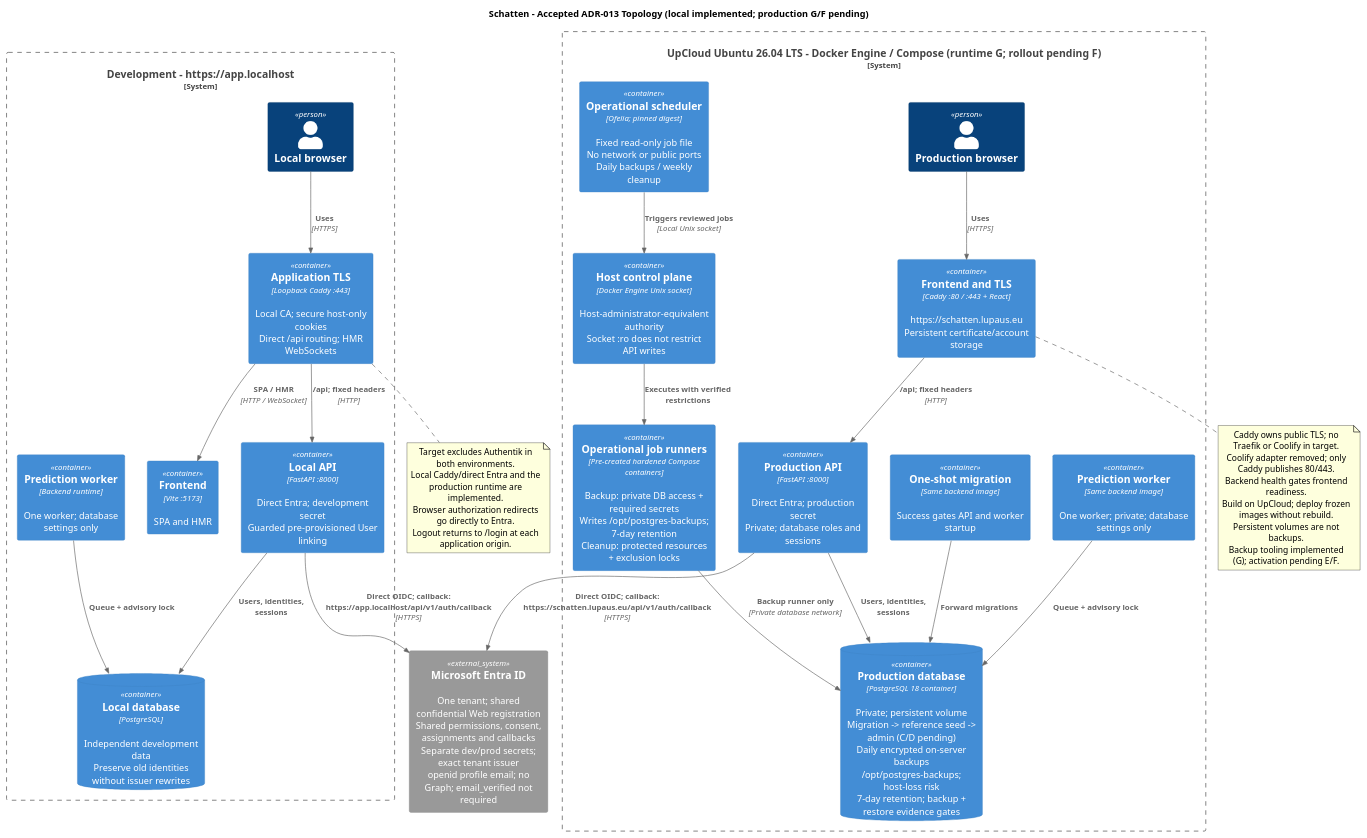
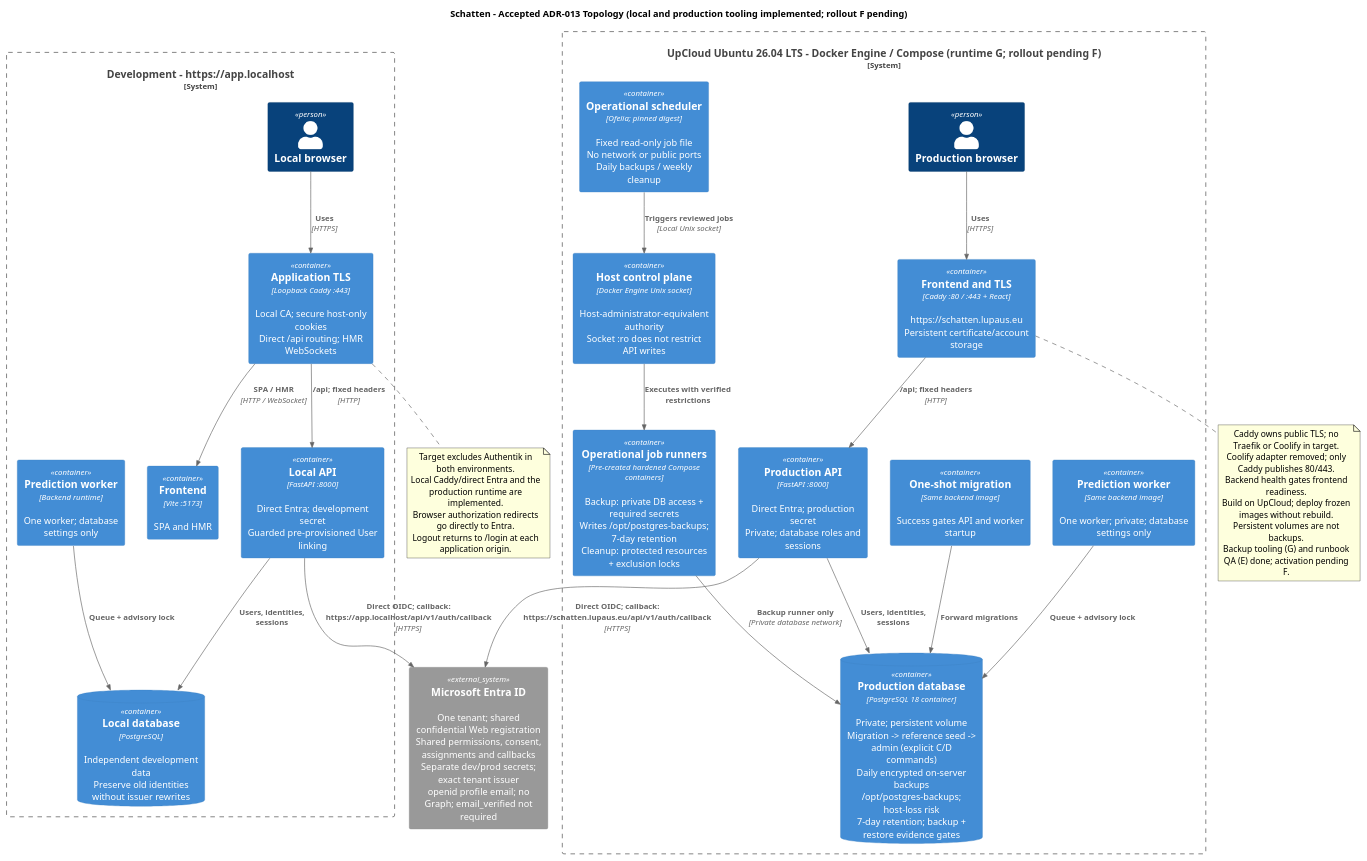
Before and after one commit to lupaus-eu/shadow: the diagram in docs/diagrams/component-authentication-topology.puml, drawn with PlantUML. The commit also changed 22 other files, not shown here.

```diff
--- a/docs/diagrams/component-authentication-topology.puml
+++ b/docs/diagrams/component-authentication-topology.puml
@@ -1,61 +1,61 @@
 @startuml
 !include <C4/C4_Container>
-title Schatten - Accepted ADR-013 Topology (local implemented; production G/F pending)
+title Schatten - Accepted ADR-013 Topology (local and production tooling implemented; rollout F pending)
 
 System_Ext(entra, "Microsoft Entra ID", "One tenant; shared confidential Web registration\nShared permissions, consent, assignments and callbacks\nSeparate dev/prod secrets; exact tenant issuer\nopenid profile email; no Graph; email_verified not required")
 
 System_Boundary(local, "Development - https://app.localhost") {
   Person(local_browser, "Local browser")
   Container(app_tls, "Application TLS", "Loopback Caddy :443", "Local CA; secure host-only cookies\nDirect /api routing; HMR WebSockets")
   Container(vite, "Frontend", "Vite :5173", "SPA and HMR")
   Container(local_api, "Local API", "FastAPI :8000", "Direct Entra; development secret\nGuarded pre-provisioned User linking")
   Container(local_worker, "Prediction worker", "Backend runtime", "One worker; database settings only")
   ContainerDb(local_db, "Local database", "PostgreSQL", "Independent development data\nPreserve old identities without issuer rewrites")
 
   Rel(local_browser, app_tls, "Uses", "HTTPS")
   Rel(app_tls, vite, "SPA / HMR", "HTTP / WebSocket")
   Rel(app_tls, local_api, "/api; fixed headers", "HTTP")
   Rel(local_api, local_db, "Users, identities, sessions")
   Rel(local_worker, local_db, "Queue + advisory lock")
 }
 
 System_Boundary(prod, "UpCloud Ubuntu 26.04 LTS - Docker Engine / Compose (runtime G; rollout pending F)") {
   Person(prod_browser, "Production browser")
   Container(caddy, "Frontend and TLS", "Caddy :80 / :443 + React", "https://schatten.lupaus.eu\nPersistent certificate/account storage")
   Container(prod_api, "Production API", "FastAPI :8000", "Direct Entra; production secret\nPrivate; database roles and sessions")
   Container(prod_worker, "Prediction worker", "Same backend image", "One worker; private; database settings only")
   Container(migration, "One-shot migration", "Same backend image", "Success gates API and worker startup")
   Container(ofelia, "Operational scheduler", "Ofelia; pinned digest", "Fixed read-only job file\nNo network or public ports\nDaily backups / weekly cleanup")
   Container(docker_api, "Host control plane", "Docker Engine Unix socket", "Host-administrator-equivalent authority\nSocket :ro does not restrict API writes")
   Container(ops_jobs, "Operational job runners", "Pre-created hardened Compose containers", "Backup: private DB access + required secrets\nWrites /opt/postgres-backups; 7-day retention\nCleanup: protected resources + exclusion locks")
-  ContainerDb(prod_db, "Production database", "PostgreSQL 18 container", "Private; persistent volume\nMigration -> reference seed -> admin (C/D pending)\nDaily encrypted on-server backups\n/opt/postgres-backups; host-loss risk\n7-day retention; backup + restore evidence gates")
+  ContainerDb(prod_db, "Production database", "PostgreSQL 18 container", "Private; persistent volume\nMigration -> reference seed -> admin (explicit C/D commands)\nDaily encrypted on-server backups\n/opt/postgres-backups; host-loss risk\n7-day retention; backup + restore evidence gates")
 
   Rel(prod_browser, caddy, "Uses", "HTTPS")
   Rel(caddy, prod_api, "/api; fixed headers", "HTTP")
   Rel(prod_api, prod_db, "Users, identities, sessions")
   Rel(prod_worker, prod_db, "Queue + advisory lock")
   Rel(migration, prod_db, "Forward migrations")
   Rel(ofelia, docker_api, "Triggers reviewed jobs", "Local Unix socket")
   Rel(docker_api, ops_jobs, "Executes with verified restrictions")
   Rel(ops_jobs, prod_db, "Backup runner only", "Private database network")
 }
 
 Rel(local_api, entra, "Direct OIDC; callback:\nhttps://app.localhost/api/v1/auth/callback", "HTTPS")
 Rel(prod_api, entra, "Direct OIDC; callback:\nhttps://schatten.lupaus.eu/api/v1/auth/callback", "HTTPS")
 
 note bottom of app_tls
   Target excludes Authentik in both environments.
   Local Caddy/direct Entra and the production runtime are implemented.
   Browser authorization redirects go directly to Entra.
   Logout returns to /login at each application origin.
 end note
 
 note bottom of caddy
   Caddy owns public TLS; no Traefik or Coolify in target.
   Coolify adapter removed; only Caddy publishes 80/443.
   Backend health gates frontend readiness.
   Build on UpCloud; deploy frozen images without rebuild.
   Persistent volumes are not backups.
-  Backup tooling implemented (G); activation pending E/F.
+  Backup tooling (G) and runbook QA (E) done; activation pending F.
 end note
 @enduml
```
